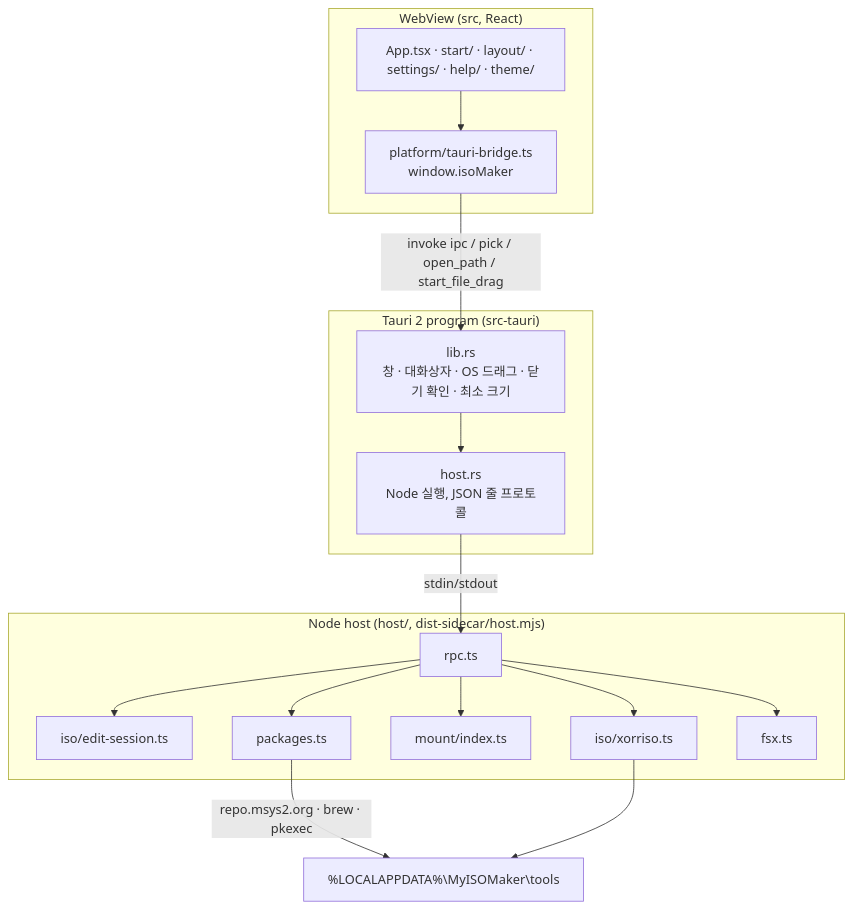
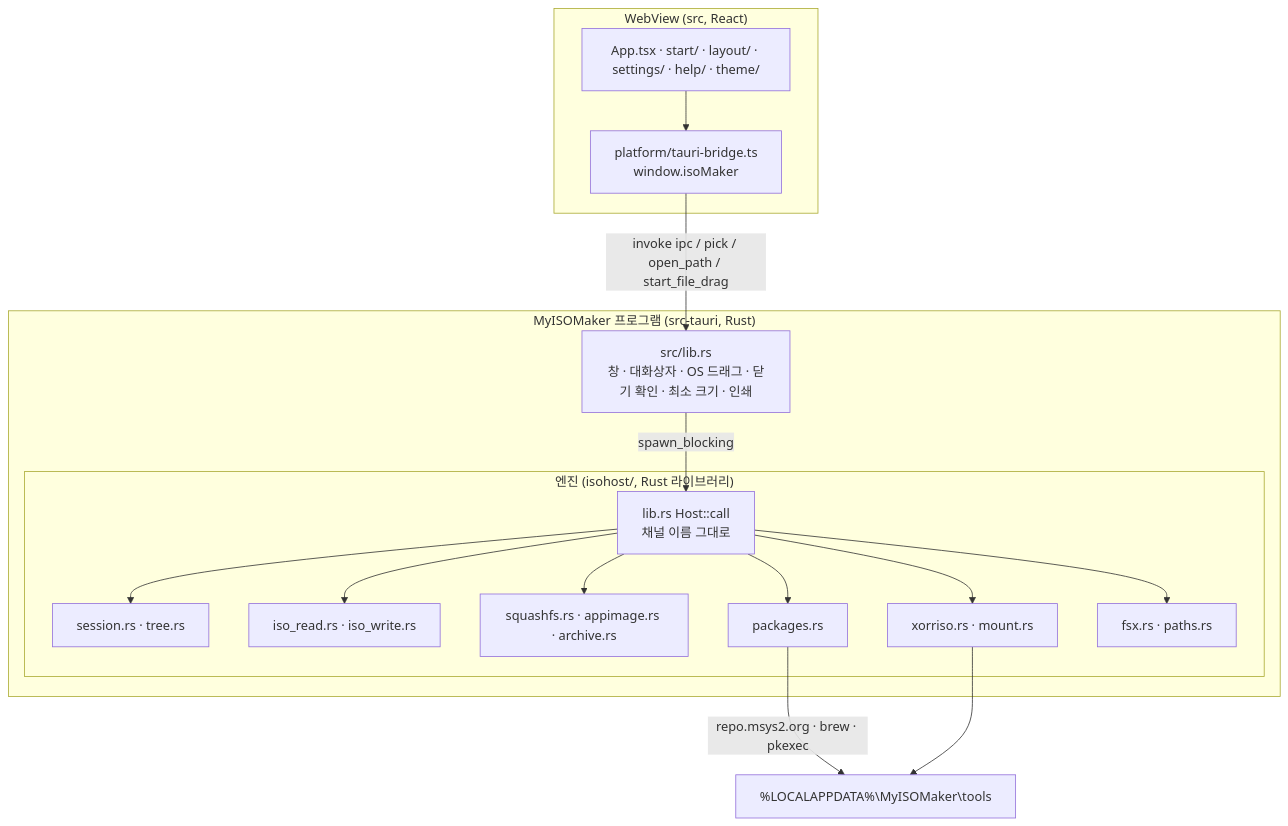
Before and after one commit to knix008/TestSimulator: the diagram in MyISOMakerMultiOSV10/Architecture.md, drawn with Mermaid. The commit also changed other lines of this file and 73 other files, not shown here.

````diff
--- a/MyISOMakerMultiOSV10/Architecture.md
+++ b/MyISOMakerMultiOSV10/Architecture.md
@@ -9,24 +9,24 @@
 ```mermaid
 flowchart TB
-  subgraph Tauri["Tauri 2 program (src-tauri)"]
-    Rust["lib.rs<br/>창 · 대화상자 · OS 드래그 · 닫기 확인 · 최소 크기"]
-    HostRs["host.rs<br/>Node 실행, JSON 줄 프로토콜"]
+  subgraph Tauri["MyISOMaker 프로그램 (src-tauri, Rust)"]
+    Rust["src/lib.rs<br/>창 · 대화상자 · OS 드래그 · 닫기 확인 · 최소 크기 · 인쇄"]
+    subgraph Engine["엔진 (isohost/, Rust 라이브러리)"]
+      Host["lib.rs Host::call<br/>채널 이름 그대로"]
+      Session["session.rs · tree.rs"]
+      Iso["iso_read.rs · iso_write.rs"]
+      Sq["squashfs.rs · appimage.rs · archive.rs"]
+      Xorriso["xorriso.rs · mount.rs"]
+      Pkg["packages.rs"]
+      Fsx["fsx.rs · paths.rs"]
+    end
   end
   subgraph Page["WebView (src, React)"]
     UI["App.tsx · start/ · layout/ · settings/ · help/ · theme/"]
     Bridge["platform/tauri-bridge.ts<br/>window.isoMaker"]
   end
-  subgraph Node["Node host (host/, dist-sidecar/host.mjs)"]
-    Rpc["rpc.ts"]
-    Session["iso/edit-session.ts"]
-    Xorriso["iso/xorriso.ts"]
-    Mount["mount/index.ts"]
-    Pkg["packages.ts"]
-    Fsx["fsx.ts"]
-  end
   UI --> Bridge -->|invoke ipc / pick / open_path / start_file_drag| Rust
-  Rust --> HostRs -->|stdin/stdout| Rpc
-  Rpc --> Session & Xorriso & Mount & Pkg & Fsx
+  Rust -->|spawn_blocking| Host
+  Host --> Session & Iso & Sq & Xorriso & Pkg & Fsx
   Pkg -->|repo.msys2.org · brew · pkexec| Tools["%LOCALAPPDATA%\MyISOMaker\tools"]
   Xorriso --> Tools
 ```
````
